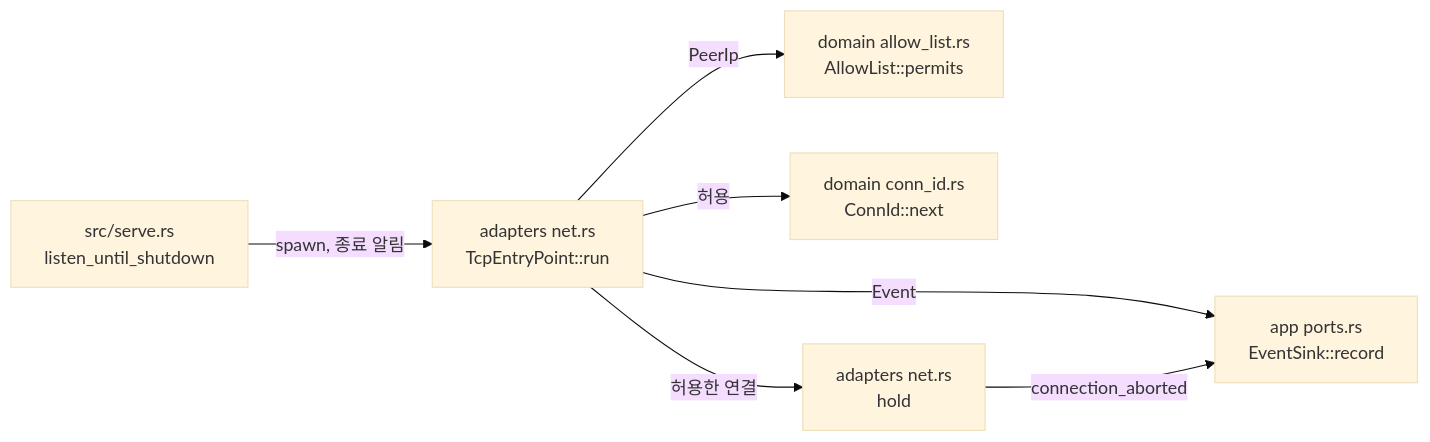
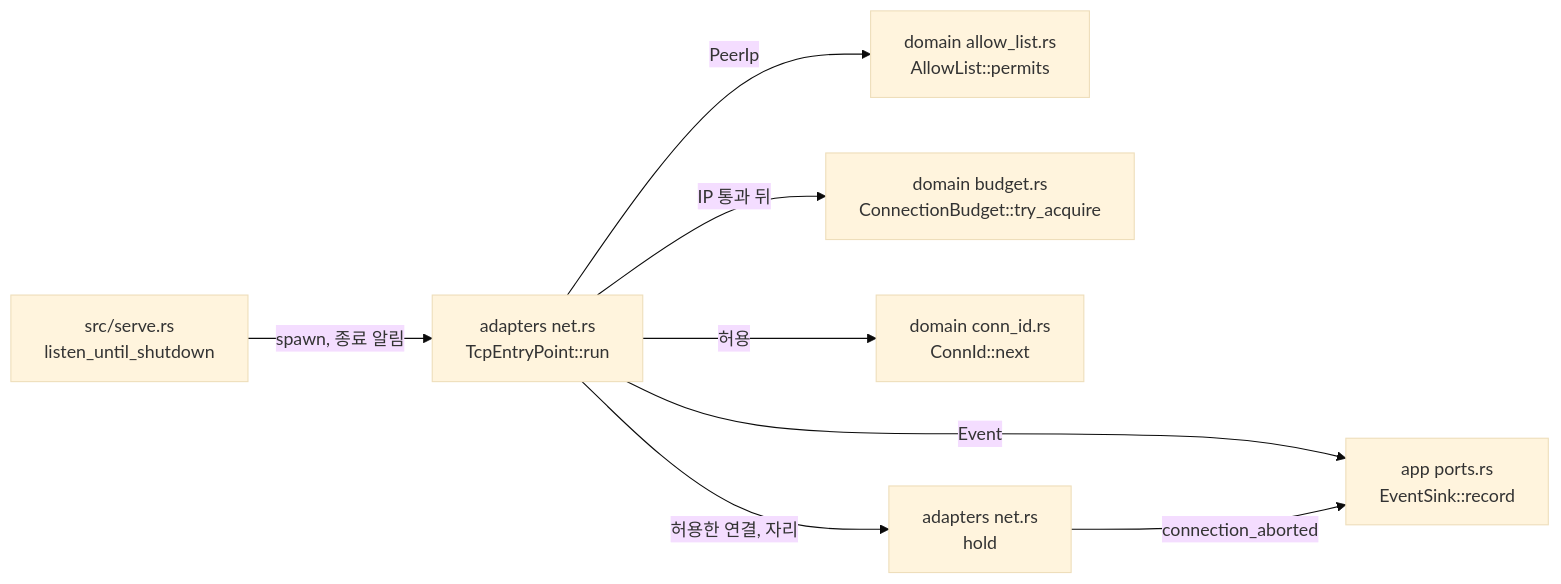
Before and after one commit to kayden-kim/vnc-relay: the diagram in docs/architectures/tcp-entry-point.md, drawn with Mermaid (base theme). The commit also changed other lines of this file and 25 other files, not shown here.

````diff
--- a/docs/architectures/tcp-entry-point.md
+++ b/docs/architectures/tcp-entry-point.md
@@ -42,9 +44,10 @@
 ```mermaid
 flowchart LR
     SERVE["src/serve.rs<br/>listen_until_shutdown"] -->|"spawn, 종료 알림"| EP["adapters net.rs<br/>TcpEntryPoint::run"]
     EP -->|"PeerIp"| ALLOW["domain allow_list.rs<br/>AllowList::permits"]
+    EP -->|"IP 통과 뒤"| BUDGET["domain budget.rs<br/>ConnectionBudget::try_acquire"]
     EP -->|"허용"| ID["domain conn_id.rs<br/>ConnId::next"]
     EP -->|"Event"| SINK["app ports.rs<br/>EventSink::record"]
-    EP -->|"허용한 연결"| HOLD["adapters net.rs<br/>hold"]
+    EP -->|"허용한 연결, 자리"| HOLD["adapters net.rs<br/>hold"]
     HOLD -->|"connection_aborted"| SINK
 ```
````
